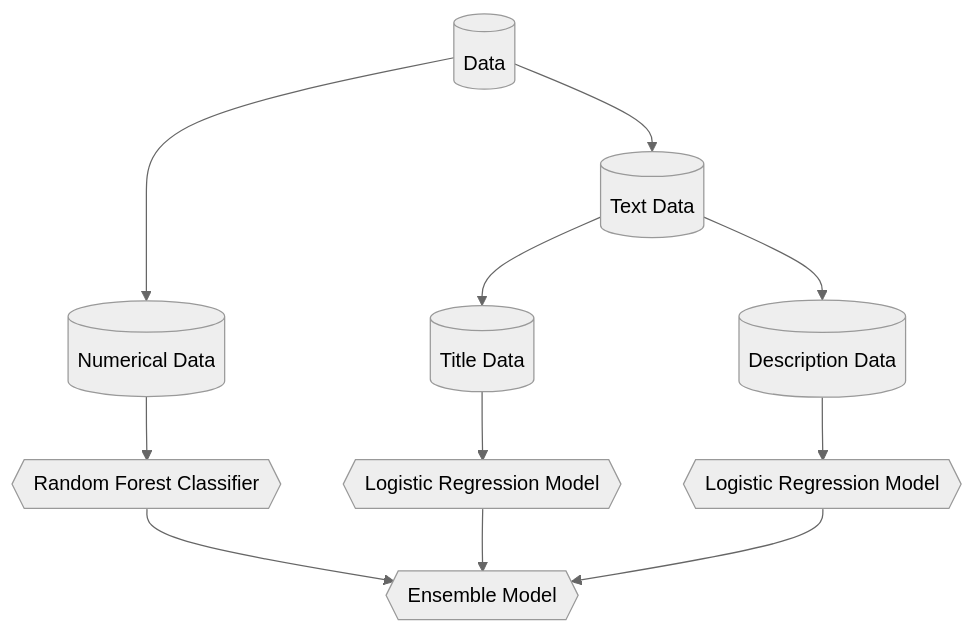
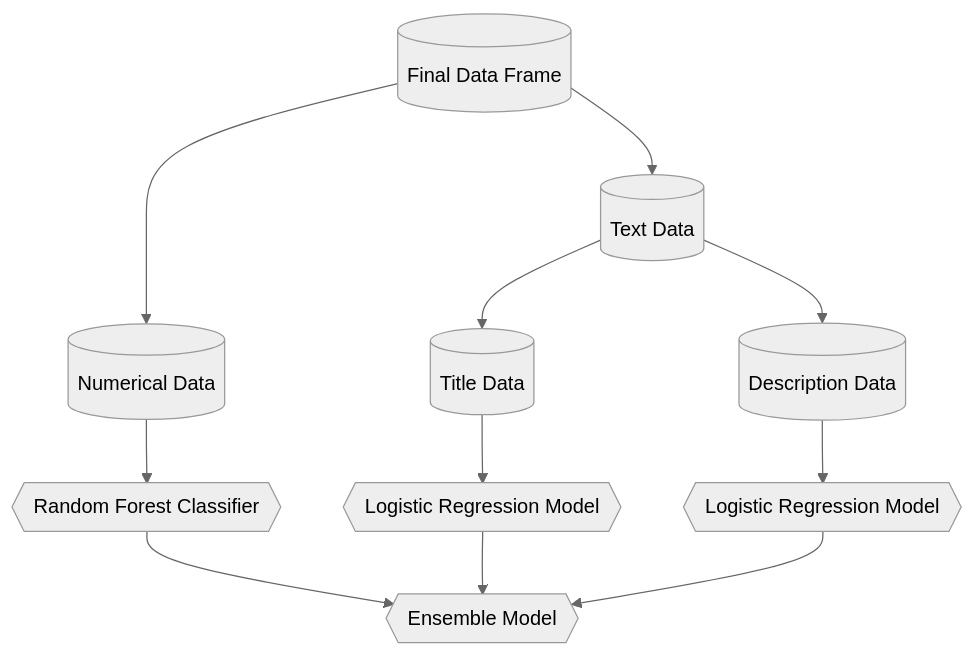
Before and after one commit to LHide14/YouTube-Analytics: the fifth of 5 diagrams in README.md, drawn with Mermaid (neutral theme).

````diff
--- a/README.md
+++ b/README.md
@@ -113,11 +113,11 @@
 ```mermaid
 flowchart TD;
-  A[(Data)] --> B[(Numerical Data)] --> C{{Random Forest Classifier}} --> D{{Ensemble Model}};
+  A[(Final Data Frame)] --> B[(Numerical Data)] --> C{{Random Forest Classifier}} --> D{{Ensemble Model}};
   A --> E[(Text Data)];
   E --> F[(Title Data)];
   E --> G[(Description Data)];
   F --> H{{Logistic Regression Model}};
   G --> I{{Logistic Regression Model}};
   H --> D{{Ensemble Model}};
   I --> D{{Ensemble Model}}
 ```
````
